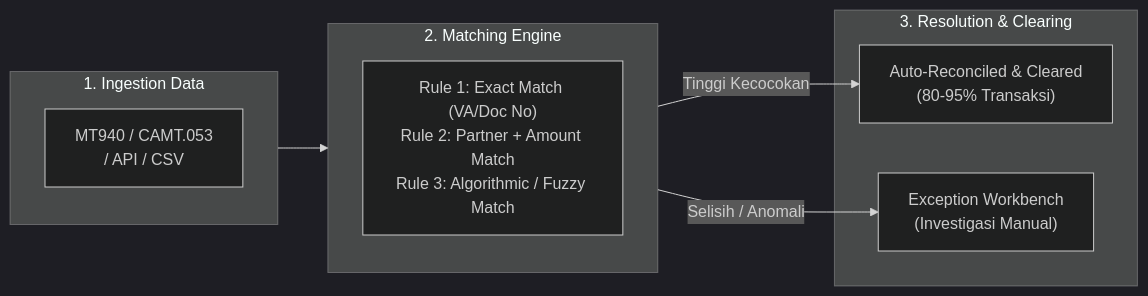
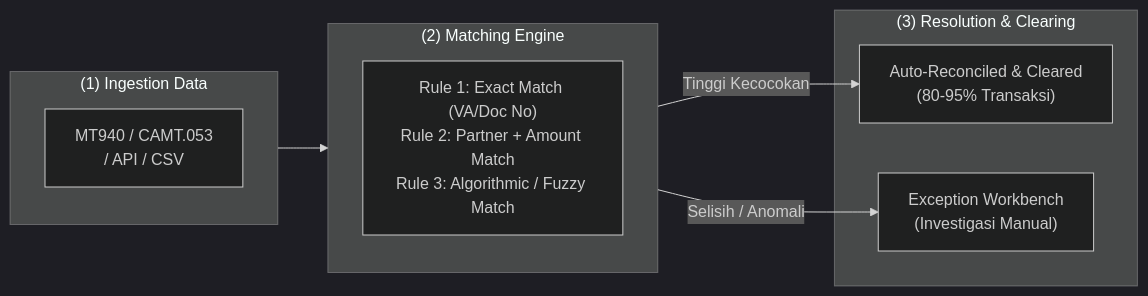
The first of 2 diagrams in content/07-finance/bank-reconciliation.md (alimurrofid/erp-notes), drawn with Mermaid (dark theme) before and after one commit. The commit also changed 132 other files, not shown here.

````diff
--- a/content/07-finance/bank-reconciliation.md
+++ b/content/07-finance/bank-reconciliation.md
@@ -9,16 +9,16 @@
 ```mermaid
 flowchart LR
-    subgraph Ingestion["1. Ingestion Data"]
+    subgraph Ingestion["(1) Ingestion Data"]
         MT["MT940 / CAMT.053<br/>/ API / CSV"]
     end
-    subgraph Matching["2. Matching Engine"]
+    subgraph Matching["(2) Matching Engine"]
         Rules["Rule 1: Exact Match (VA/Doc No)<br/>Rule 2: Partner + Amount Match<br/>Rule 3: Algorithmic / Fuzzy Match"]
     end
-    subgraph Execution["3. Resolution & Clearing"]
+    subgraph Execution["(3) Resolution & Clearing"]
         Auto["Auto-Reconciled & Cleared<br/>(80-95% Transaksi)"]
         Exc["Exception Workbench<br/>(Investigasi Manual)"]
     end
     Ingestion --> Matching
     Matching -->|Tinggi Kecocokan| Auto
     Matching -->|Selisih / Anomali| Exc
 ```
````
